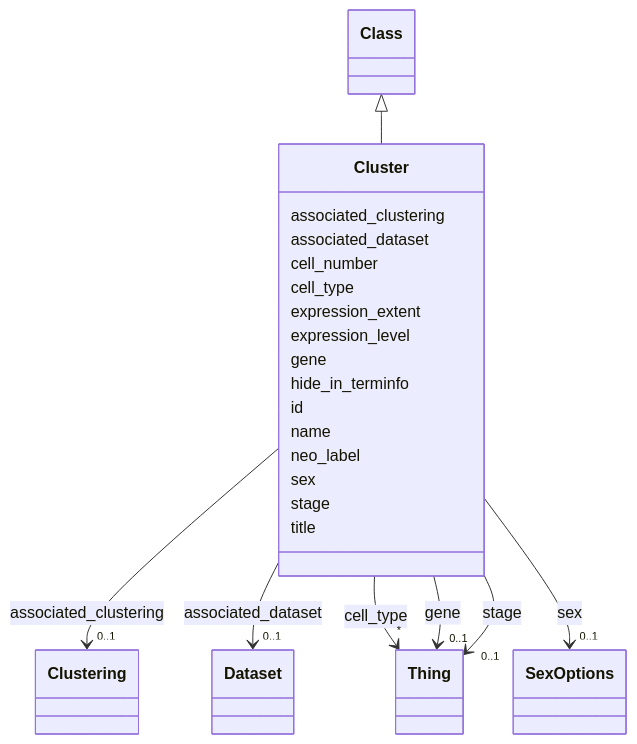
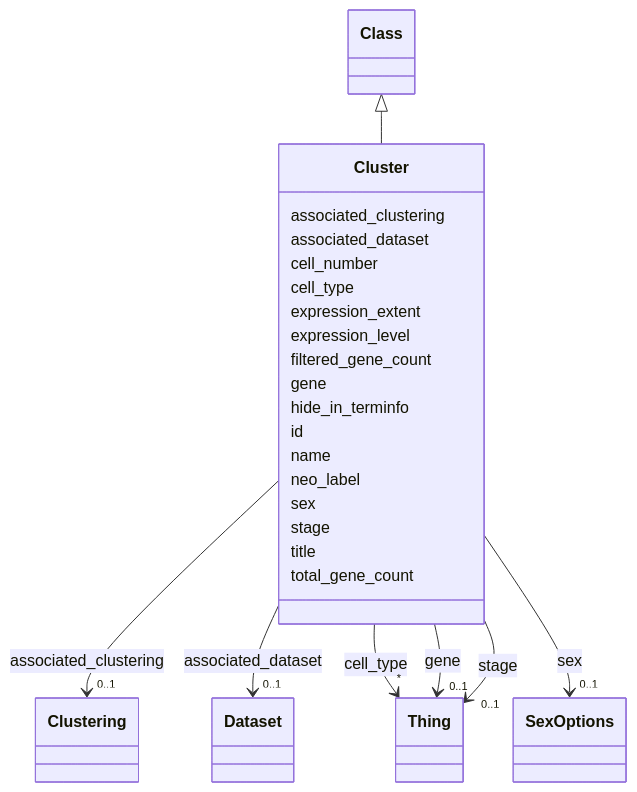
Before and after one commit to VirtualFlyBrain/vfb-scRNAseq-ontology: the diagram in docs/Cluster.md, drawn with Mermaid. The commit also changed other lines of this file and 82 other files, not shown here.

````diff
--- a/docs/Cluster.md
+++ b/docs/Cluster.md
@@ -14,79 +14,83 @@
 ```mermaid
  classDiagram
     class Cluster
     click Cluster href "../Cluster"
       Class <|-- Cluster
         click Class href "../Class"
       
       Cluster : associated_clustering
         
           
     
     
     Cluster --> "0..1" Clustering : associated_clustering
     click Clustering href "../Clustering"
 
         
       Cluster : associated_dataset
         
           
     
     
     Cluster --> "0..1" Dataset : associated_dataset
     click Dataset href "../Dataset"
 
         
       Cluster : cell_number
         
       Cluster : cell_type
         
           
     
     
     Cluster --> "*" Thing : cell_type
     click Thing href "../Thing"
 
         
       Cluster : expression_extent
         
       Cluster : expression_level
         
+      Cluster : filtered_gene_count
+        
       Cluster : gene
         
           
     
     
     Cluster --> "0..1" Thing : gene
     click Thing href "../Thing"
 
         
       Cluster : hide_in_terminfo
         
       Cluster : id
         
       Cluster : name
         
       Cluster : neo_label
         
       Cluster : sex
         
           
     
     
     Cluster --> "0..1" SexOptions : sex
     click SexOptions href "../SexOptions"
 
         
       Cluster : stage
         
           
     
     
     Cluster --> "0..1" Thing : stage
     click Thing href "../Thing"
 
         
       Cluster : title
         
+      Cluster : total_gene_count
+        
       
 ```
````
